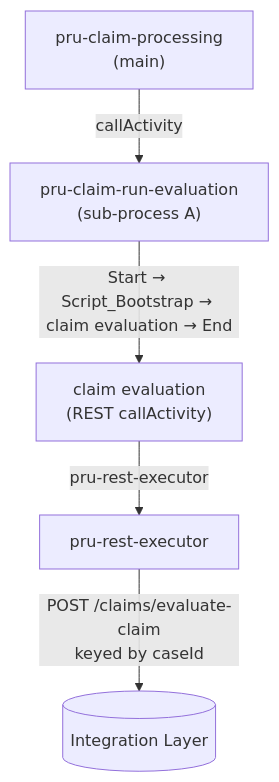
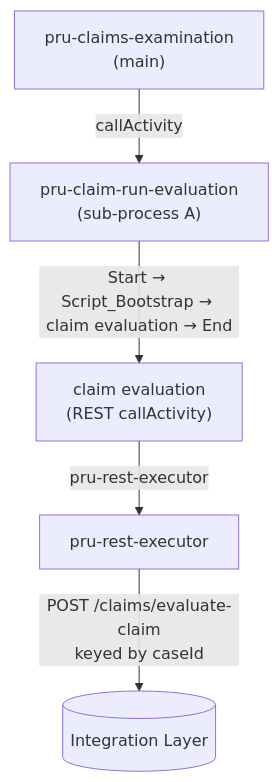
One commit to Avinashkumar8694/prudential-claims-bpm changed the diagram in docs/pru_claim_evaluation_solution.md. Above: the diagram before and after it, drawn with Mermaid. The commit also changed other lines of this file and 7 other files, not shown here.

Commit message:
feat: renamed pru-claims-processing to pru-claims-examination

````diff
--- a/docs/pru_claim_evaluation_solution.md
+++ b/docs/pru_claim_evaluation_solution.md
@@ -18,7 +18,7 @@
 ```mermaid
 graph TD
-    MAIN["pru-claim-processing<br/>(main)"] -->|callActivity| A["pru-claim-run-evaluation<br/>(sub-process A)"]
+    MAIN["pru-claims-examination<br/>(main)"] -->|callActivity| A["pru-claim-run-evaluation<br/>(sub-process A)"]
     A -->|Start → Script_Bootstrap → claim evaluation → End| CE["claim evaluation<br/>(REST callActivity)"]
     CE -->|pru-rest-executor| RX["pru-rest-executor"]
     RX -->|POST /claims/evaluate-claim<br/>keyed by caseId| API[(Integration Layer)]
 ```
````
